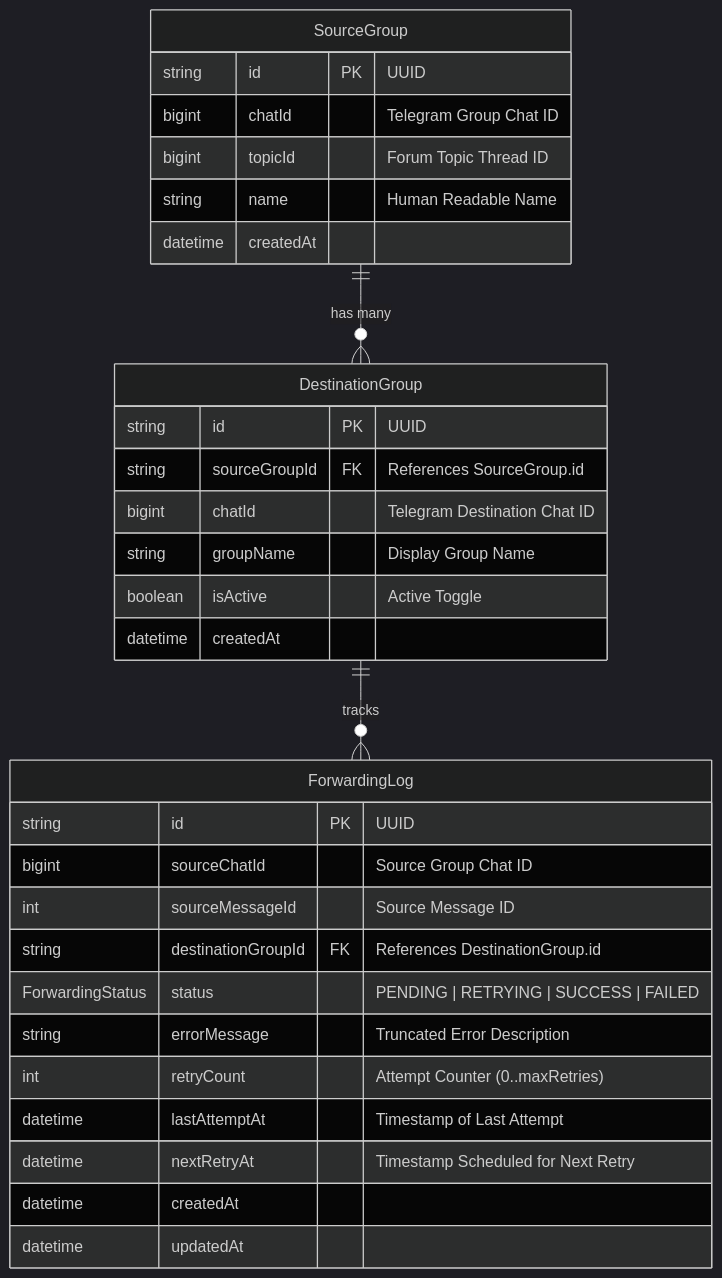
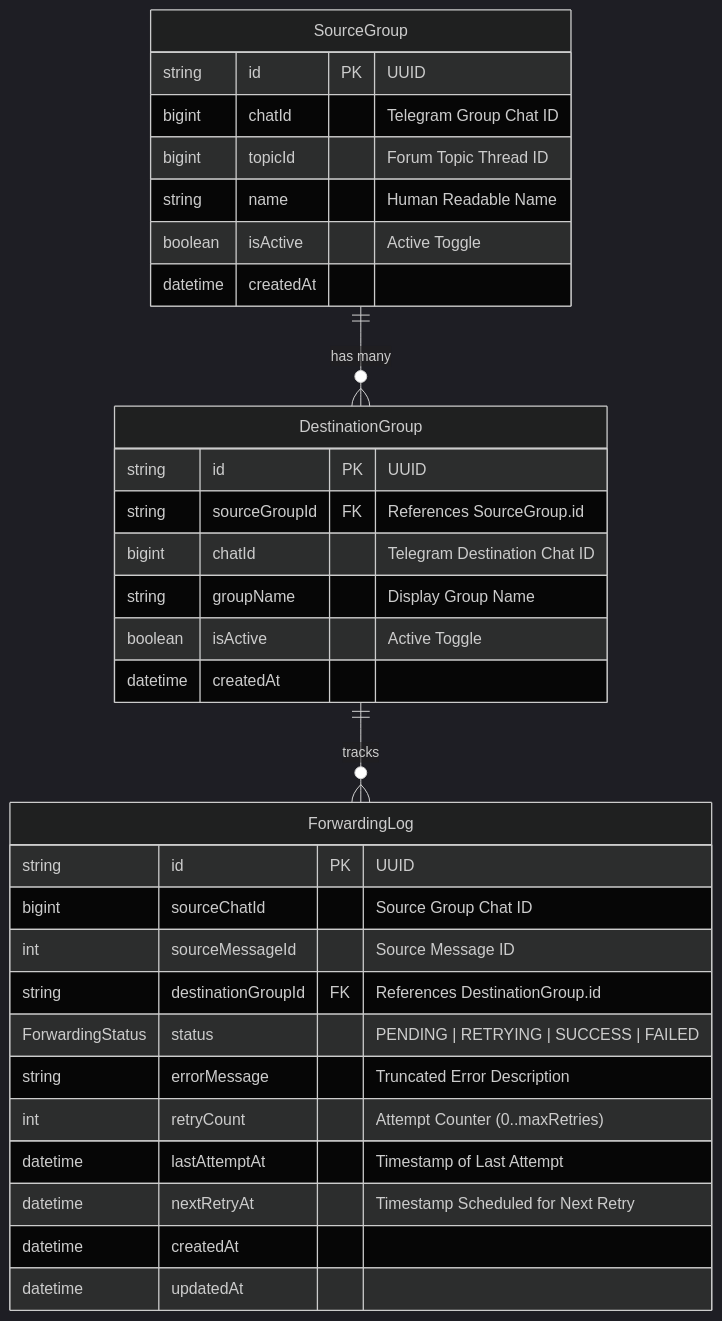
The third of 4 diagrams in README.md (sihamsadik/Announcement_Distribution), drawn with Mermaid (dark theme) before and after one commit. The commit also changed other lines of this file and 19 other files, not shown here.

````diff
--- a/README.md
+++ b/README.md
@@ -156,36 +156,37 @@
 ```mermaid
 erDiagram
     SourceGroup ||--o{ DestinationGroup : "has many"
     DestinationGroup ||--o{ ForwardingLog : "tracks"
 
     SourceGroup {
         string id PK "UUID"
         bigint chatId "Telegram Group Chat ID"
         bigint topicId "Forum Topic Thread ID"
         string name "Human Readable Name"
+        boolean isActive "Active Toggle"
         datetime createdAt
     }
 
     DestinationGroup {
         string id PK "UUID"
         string sourceGroupId FK "References SourceGroup.id"
         bigint chatId "Telegram Destination Chat ID"
         string groupName "Display Group Name"
         boolean isActive "Active Toggle"
         datetime createdAt
     }
 
     ForwardingLog {
         string id PK "UUID"
         bigint sourceChatId "Source Group Chat ID"
         int sourceMessageId "Source Message ID"
         string destinationGroupId FK "References DestinationGroup.id"
         ForwardingStatus status "PENDING | RETRYING | SUCCESS | FAILED"
         string errorMessage "Truncated Error Description"
         int retryCount "Attempt Counter (0..maxRetries)"
         datetime lastAttemptAt "Timestamp of Last Attempt"
         datetime nextRetryAt "Timestamp Scheduled for Next Retry"
         datetime createdAt
         datetime updatedAt
     }
 ```
````
